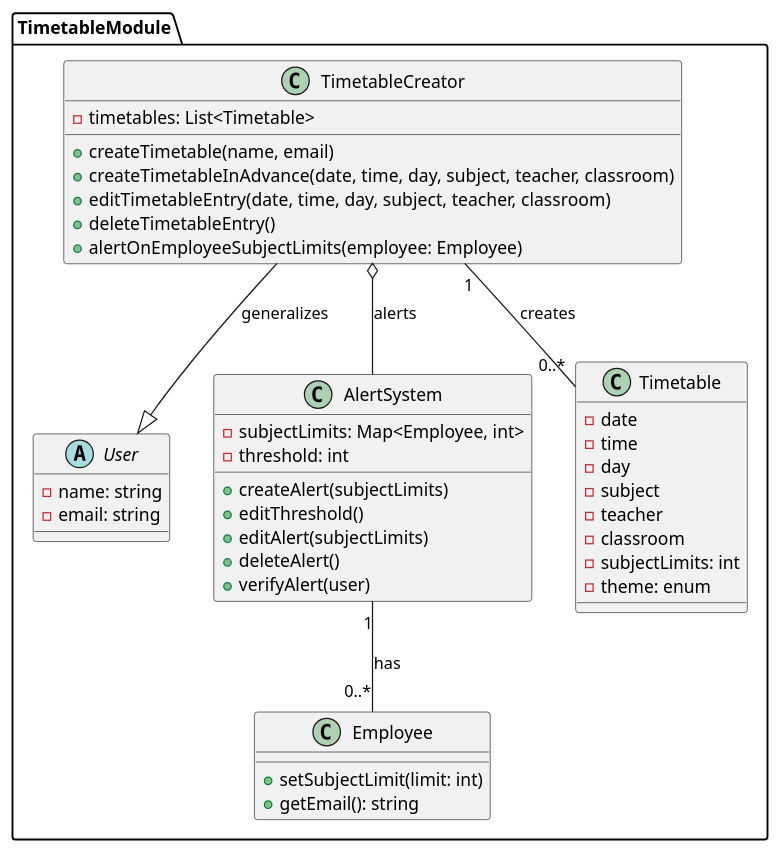
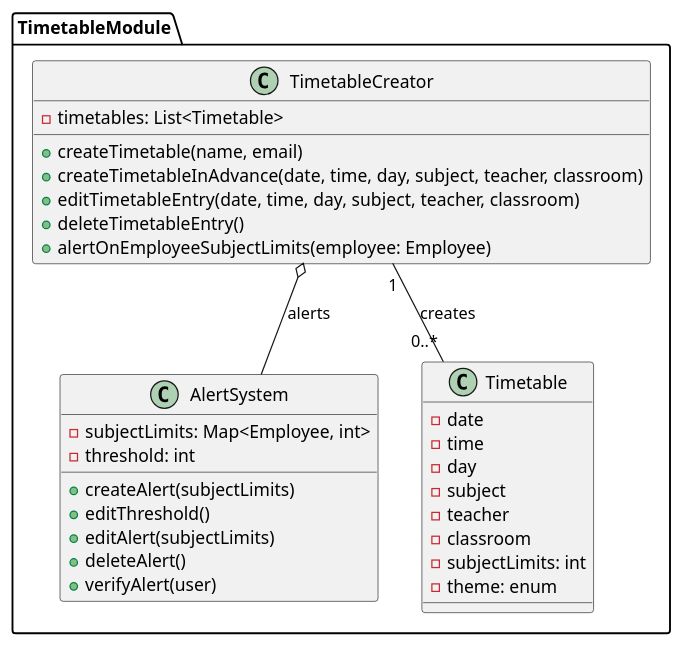
Before and after one commit to anshium/DASS-Assignment-3-IMS-System-Design: the diagram in timetable.plantuml, drawn with PlantUML. The commit also changed 2 other files, not shown here.

Commit message:
update admissions class diagram

```diff
--- a/timetable.plantuml
+++ b/timetable.plantuml
@@ -1,48 +1,38 @@
 @startuml timetable
 package TimetableModule {
-    abstract class User {
-        - name: string
-        - email: string
-    }
-
-    class Employee {
-        + setSubjectLimit(limit: int)
-        + getEmail(): string
-    }
-
     class TimetableCreator {
         - timetables: List<Timetable>
         + createTimetable(name, email)
         + createTimetableInAdvance(date, time, day, subject, teacher, classroom)
         + editTimetableEntry(date, time, day, subject, teacher, classroom)
         + deleteTimetableEntry()
         + alertOnEmployeeSubjectLimits(employee: Employee)
     }
 
     class AlertSystem {
         - subjectLimits: Map<Employee, int>
         - threshold: int
         + createAlert(subjectLimits)
         + editThreshold()
         + editAlert(subjectLimits)
         + deleteAlert()
         + verifyAlert(user)
     }
 
     class Timetable {
         - date
         - time
         - day
         - subject
         - teacher
         - classroom
         - subjectLimits: int
         - theme: enum
     }
 
     TimetableCreator "1" -- "0..*" Timetable : creates
-    TimetableCreator --|> User : generalizes
     TimetableCreator o-- AlertSystem : alerts
-    AlertSystem "1" -- "0..*" Employee : has
+
+    ' TimetableCreator should know the courses too.
 }
 @enduml
```
